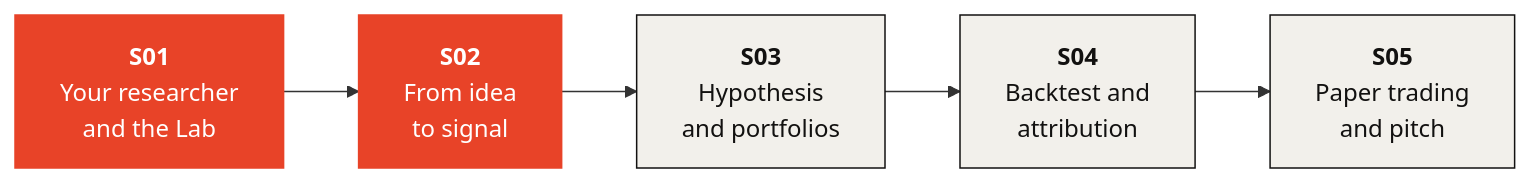
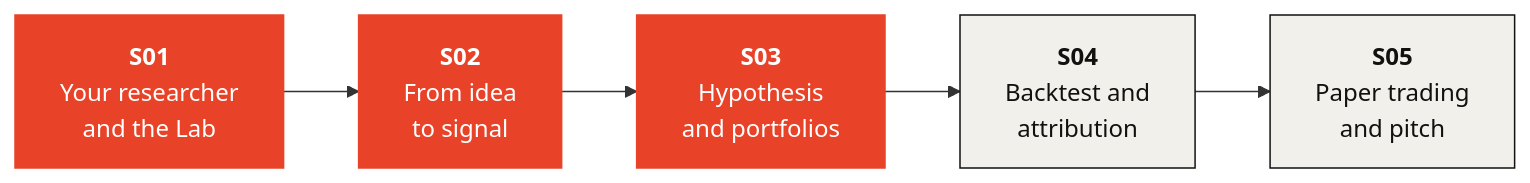
Before and after one commit to KaxaNuk/Investment-Bootcamp: the diagram in README.md, drawn with Mermaid. The commit also changed other lines of this file and 4 other files, not shown here.

````diff
--- a/README.md
+++ b/README.md
@@ -47,12 +49,12 @@
 ```mermaid
 flowchart LR
     S01["<b>S01</b><br/>Your researcher<br/>and the Lab"] --> S02["<b>S02</b><br/>From idea<br/>to signal"]
     S02 --> S03["<b>S03</b><br/>Hypothesis<br/>and portfolios"]
     S03 --> S04["<b>S04</b><br/>Backtest and<br/>attribution"]
     S04 --> S05["<b>S05</b><br/>Paper trading<br/>and pitch"]
     style S01 fill:#E84328,stroke:#E84328,color:#ffffff
     style S02 fill:#E84328,stroke:#E84328,color:#ffffff
-    style S03 fill:#F2F0EB,stroke:#121110,color:#121110
+    style S03 fill:#E84328,stroke:#E84328,color:#ffffff
     style S04 fill:#F2F0EB,stroke:#121110,color:#121110
     style S05 fill:#F2F0EB,stroke:#121110,color:#121110
 ```
````
